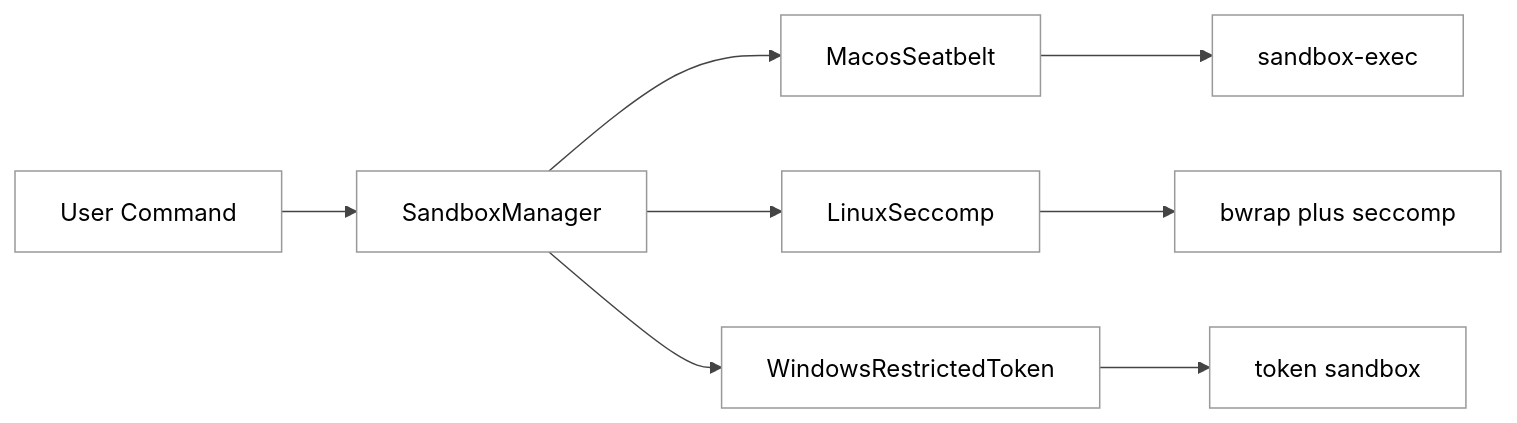
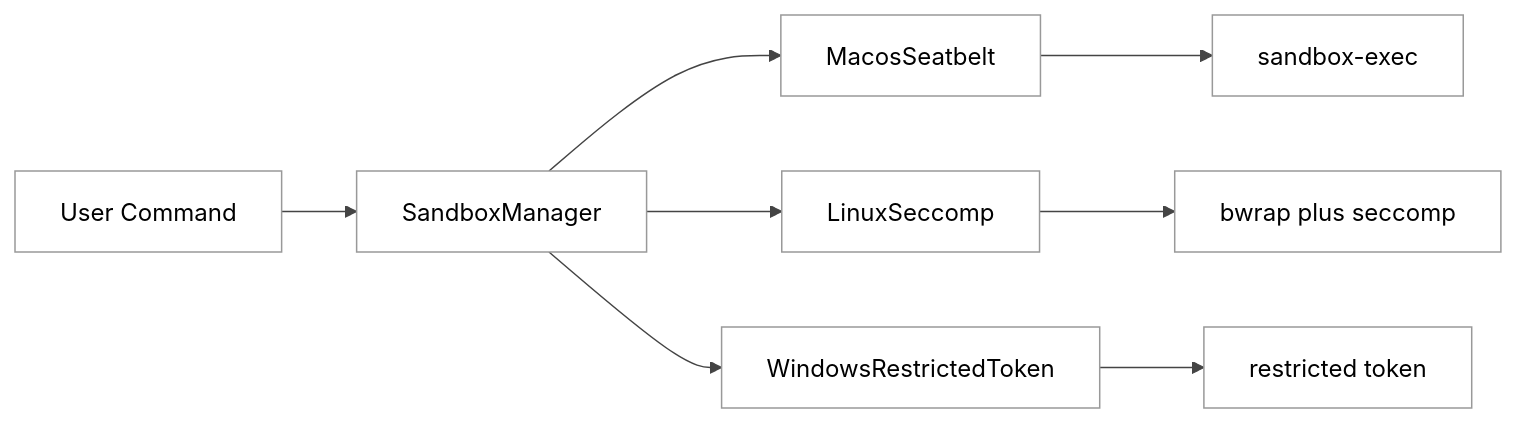
The first of 6 diagrams in Part II Source Analysis/12-macOS与Linux沙箱.md (GLBB/codex-source-analysis), drawn with Mermaid before and after one commit. The commit also changed other lines of this file and 3 other files, not shown here.

````diff
--- a/Part II Source Analysis/12-macOS与Linux沙箱.md
+++ b/Part II Source Analysis/12-macOS与Linux沙箱.md
@@ -90,11 +99,11 @@
 ```mermaid
 %%{init: {"theme":"neutral","themeCSS":"svg { background: #ffffff !important; }","themeVariables":{"background":"#ffffff","mainBkg":"#ffffff","primaryColor":"#f5f5f5","primaryTextColor":"#000000","primaryBorderColor":"#333333","lineColor":"#444444","secondaryColor":"#f6f8fa","tertiaryColor":"#ffffff","edgeLabelBackground":"#ffffff","fontFamily":"Helvetica"}}}%%
 flowchart LR
     Cmd["User Command"] --> Mgr["SandboxManager"]
     Mgr --> MacPath["MacosSeatbelt"]
     Mgr --> LinuxPath["LinuxSeccomp"]
     Mgr --> WinPath["WindowsRestrictedToken"]
     MacPath --> MacExec["sandbox-exec"]
     LinuxPath --> LinuxExec["bwrap plus seccomp"]
-    WinPath --> WinExec["token sandbox"]
+    WinPath --> WinExec["restricted token"]
 ```
````
